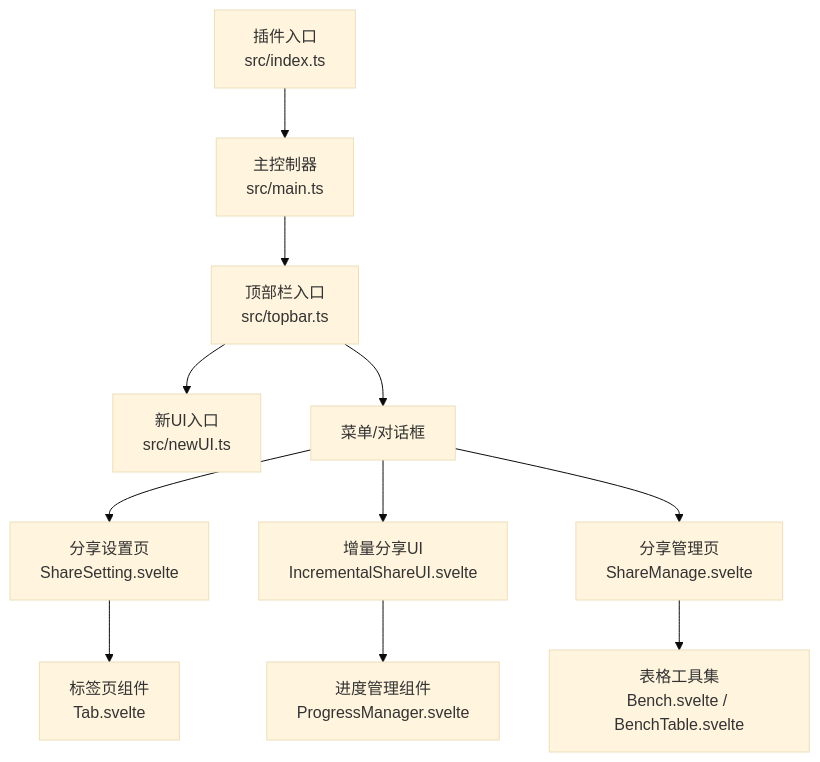
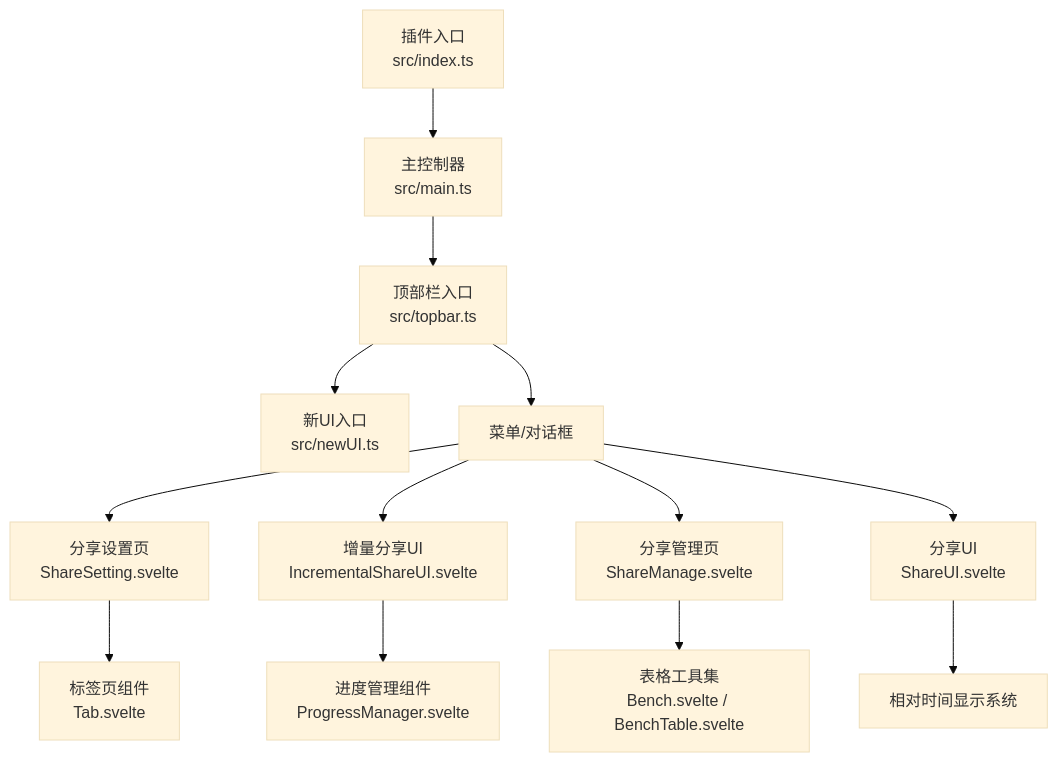
Before and after one commit to terwerinc/siyuan-plugin-share-pro: the first of 6 diagrams in .qoder/repowiki/zh/content/UI组件系统/UI组件系统.md, drawn with Mermaid (base theme). The commit also changed other lines of this file and 8 other files, not shown here.

Commit message:
docs(Progress): improve state and error handling in ProgressManager.svelte

````diff
--- a/.qoder/repowiki/zh/content/UI组件系统/UI组件系统.md
+++ b/.qoder/repowiki/zh/content/UI组件系统/UI组件系统.md
@@ -50,13 +62,15 @@
 ```mermaid
 graph TB
 A["插件入口<br/>src/index.ts"] --> B["主控制器<br/>src/main.ts"]
 B --> C["顶部栏入口<br/>src/topbar.ts"]
 C --> D["新UI入口<br/>src/newUI.ts"]
 C --> E["菜单/对话框"]
 E --> F["分享设置页<br/>ShareSetting.svelte"]
 E --> G["增量分享UI<br/>IncrementalShareUI.svelte"]
 E --> H["分享管理页<br/>ShareManage.svelte"]
-F --> I["标签页组件<br/>Tab.svelte"]
-G --> J["进度管理组件<br/>ProgressManager.svelte"]
-H --> K["表格工具集<br/>Bench.svelte / BenchTable.svelte"]
+E --> I["分享UI<br/>ShareUI.svelte"]
+F --> J["标签页组件<br/>Tab.svelte"]
+G --> K["进度管理组件<br/>ProgressManager.svelte"]
+H --> L["表格工具集<br/>Bench.svelte / BenchTable.svelte"]
+I --> M["相对时间显示系统"]
 ```
````
